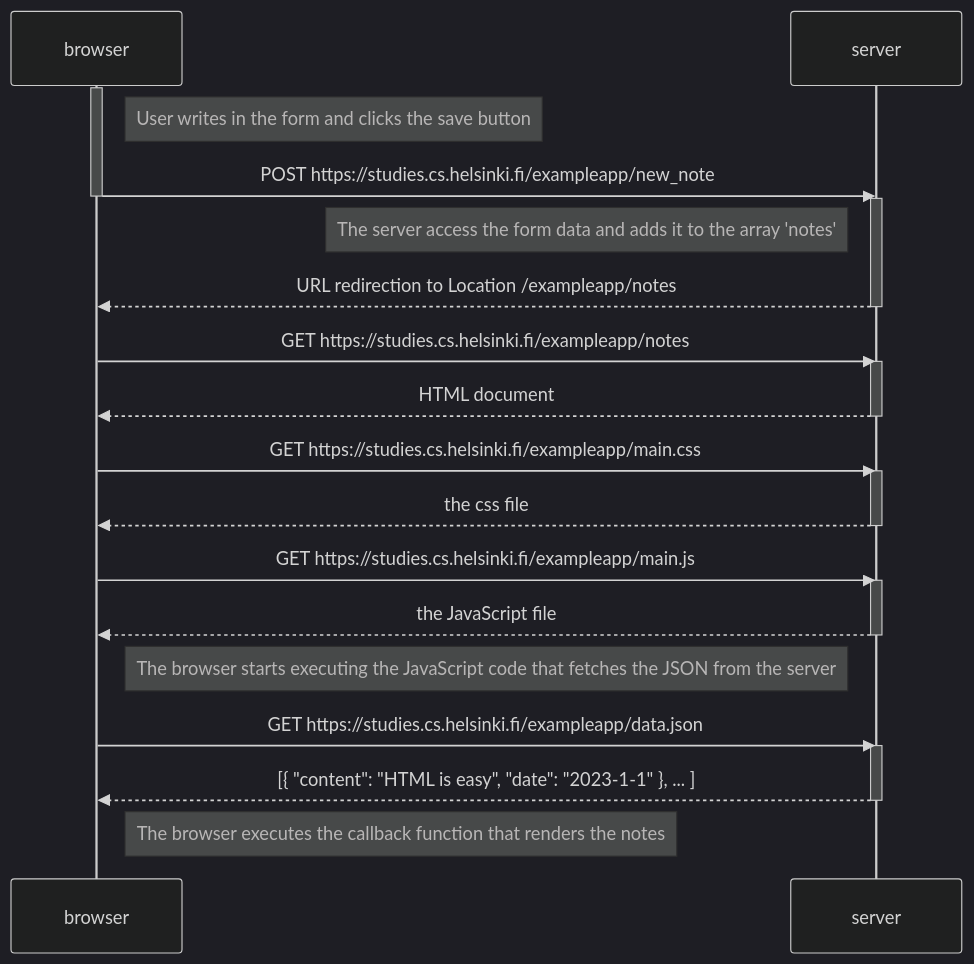
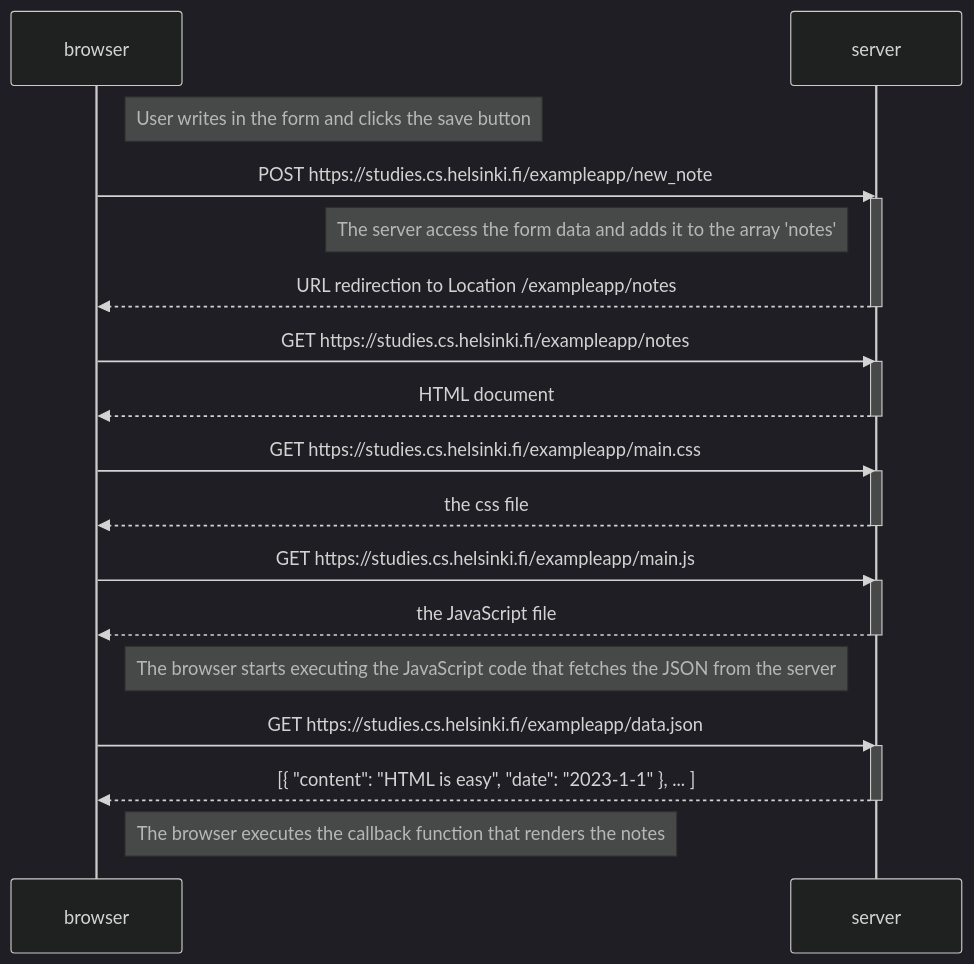
One commit to santiagotena/full_stack_open changed the diagram in part0/new_note_diagram.md. Above: the diagram before and after it, drawn with Mermaid (dark theme).

````diff
--- a/part0/new_note_diagram.md
+++ b/part0/new_note_diagram.md
@@ -1,38 +1,36 @@
 ```mermaid
 sequenceDiagram
     participant browser
     participant server
 
-    activate browser
     Note right of browser: User writes in the form and clicks the save button
     browser->>server: POST https://studies.cs.helsinki.fi/exampleapp/new_note
-    deactivate browser
     activate server
     Note left of server: The server access the form data and adds it to the array 'notes'
     server-->>browser: URL redirection to Location /exampleapp/notes
     deactivate server
 
     browser->>server: GET https://studies.cs.helsinki.fi/exampleapp/notes
     activate server
     server-->>browser: HTML document
     deactivate server
 
     browser->>server: GET https://studies.cs.helsinki.fi/exampleapp/main.css
     activate server
     server-->>browser: the css file
     deactivate server
 
     browser->>server: GET https://studies.cs.helsinki.fi/exampleapp/main.js
     activate server
     server-->>browser: the JavaScript file
     deactivate server
 
     Note right of browser: The browser starts executing the JavaScript code that fetches the JSON from the server
 
     browser->>server: GET https://studies.cs.helsinki.fi/exampleapp/data.json
     activate server
     server-->>browser: [{ "content": "HTML is easy", "date": "2023-1-1" }, ... ]
     deactivate server
 
     Note right of browser: The browser executes the callback function that renders the notes
 ```
````
